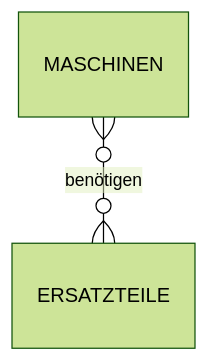
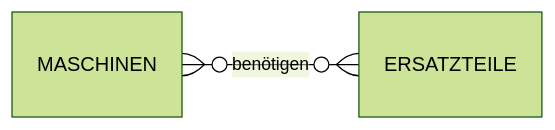
The tenth of 11 diagrams in docs/database/modellierung.md (mciwing/data-campus), drawn with Mermaid (forest theme) before and after one commit. The commit also changed other lines of this file, not shown here.

````diff
--- a/docs/database/modellierung.md
+++ b/docs/database/modellierung.md
@@ -665,4 +663,5 @@
 ```mermaid
 erDiagram
+    direction LR
     MASCHINEN }o--o{ ERSATZTEILE : "benötigen"
 ```
````
